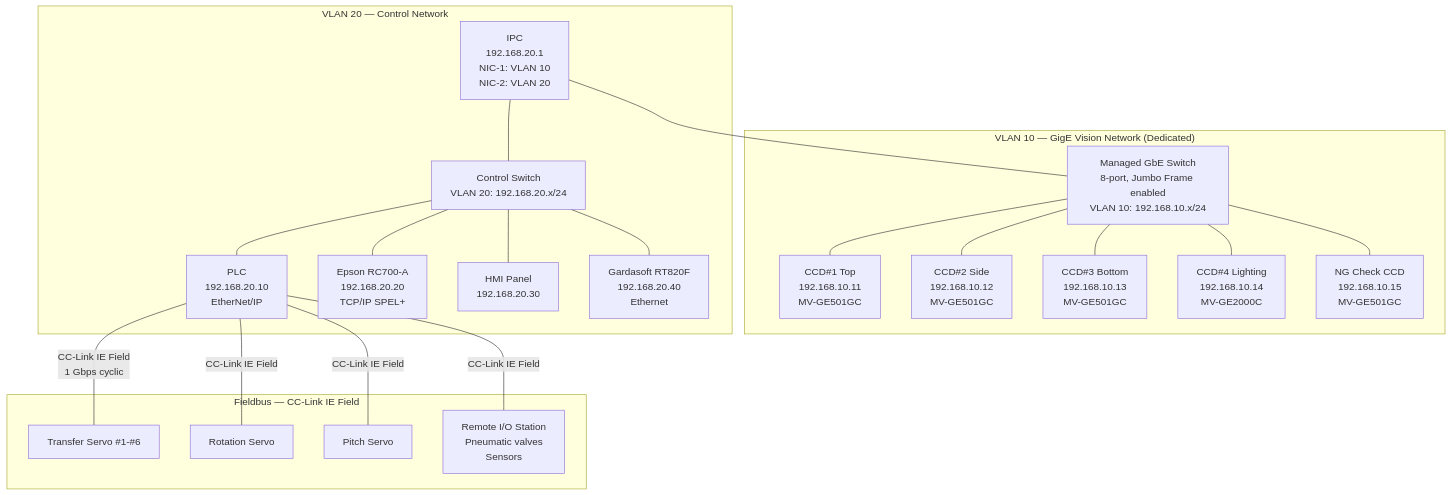
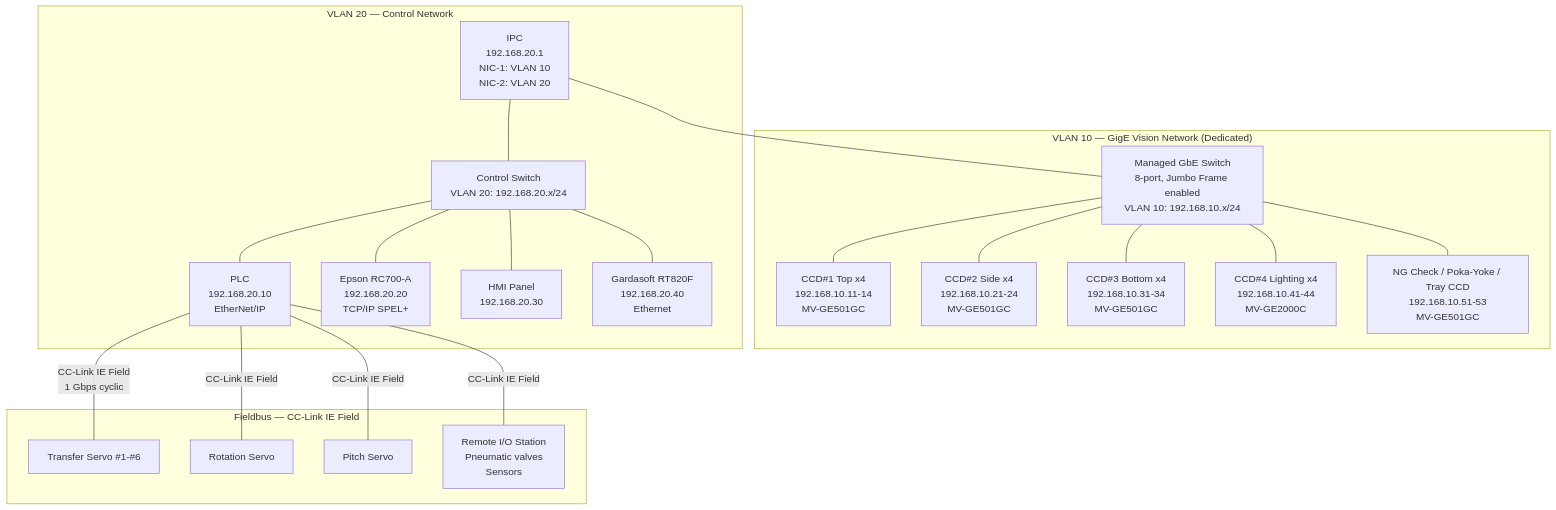
One commit to Rongxuan-Zhou/AOI-sys-for-TI changed the first of 3 diagrams in docs/system-architecture.md. Above: the diagram before and after it, drawn with Mermaid. The commit also changed other lines of this file and 8 other files, not shown here.

````diff
--- a/docs/system-architecture.md
+++ b/docs/system-architecture.md
@@ -98,39 +98,39 @@
 ```mermaid
 graph TB
     subgraph "VLAN 10 — GigE Vision Network (Dedicated)"
         SW1["Managed GbE Switch<br/>8-port, Jumbo Frame enabled<br/>VLAN 10: 192.168.10.x/24"]
-        CCD1["CCD#1 Top<br/>192.168.10.11<br/>MV-GE501GC"]
-        CCD2["CCD#2 Side<br/>192.168.10.12<br/>MV-GE501GC"]
-        CCD3["CCD#3 Bottom<br/>192.168.10.13<br/>MV-GE501GC"]
-        CCD4["CCD#4 Lighting<br/>192.168.10.14<br/>MV-GE2000C"]
-        NGCCD["NG Check CCD<br/>192.168.10.15<br/>MV-GE501GC"]
+        CCD1["CCD#1 Top x4<br/>192.168.10.11-14<br/>MV-GE501GC"]
+        CCD2["CCD#2 Side x4<br/>192.168.10.21-24<br/>MV-GE501GC"]
+        CCD3["CCD#3 Bottom x4<br/>192.168.10.31-34<br/>MV-GE501GC"]
+        CCD4["CCD#4 Lighting x4<br/>192.168.10.41-44<br/>MV-GE2000C"]
+        NGCCD["NG Check / Poka-Yoke / Tray CCD<br/>192.168.10.51-53<br/>MV-GE501GC"]
         SW1 --- CCD1
         SW1 --- CCD2
         SW1 --- CCD3
         SW1 --- CCD4
         SW1 --- NGCCD
     end
 
     subgraph "VLAN 20 — Control Network"
         SW2["Control Switch<br/>VLAN 20: 192.168.20.x/24"]
         IPC["IPC<br/>192.168.20.1<br/>NIC-1: VLAN 10<br/>NIC-2: VLAN 20"]
         PLC["PLC<br/>192.168.20.10<br/>EtherNet/IP"]
         EPSON["Epson RC700-A<br/>192.168.20.20<br/>TCP/IP SPEL+"]
         HMI["HMI Panel<br/>192.168.20.30"]
         LIGHT["Gardasoft RT820F<br/>192.168.20.40<br/>Ethernet"]
         SW2 --- PLC
         SW2 --- EPSON
         SW2 --- HMI
         SW2 --- LIGHT
     end
 
     IPC --- SW1
     IPC --- SW2
 
     subgraph "Fieldbus — CC-Link IE Field"
         PLC ---|"CC-Link IE Field<br/>1 Gbps cyclic"| SERVO1["Transfer Servo #1-#6"]
         PLC ---|"CC-Link IE Field"| SERVO2["Rotation Servo"]
         PLC ---|"CC-Link IE Field"| SERVO3["Pitch Servo"]
         PLC ---|"CC-Link IE Field"| RIO["Remote I/O Station<br/>Pneumatic valves<br/>Sensors"]
     end
 ```
````
